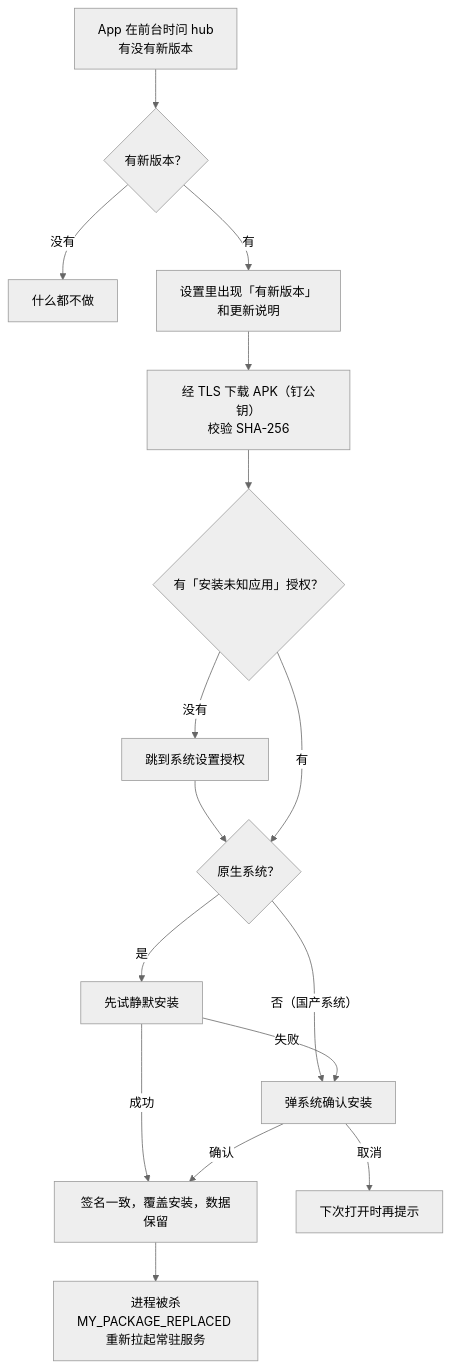
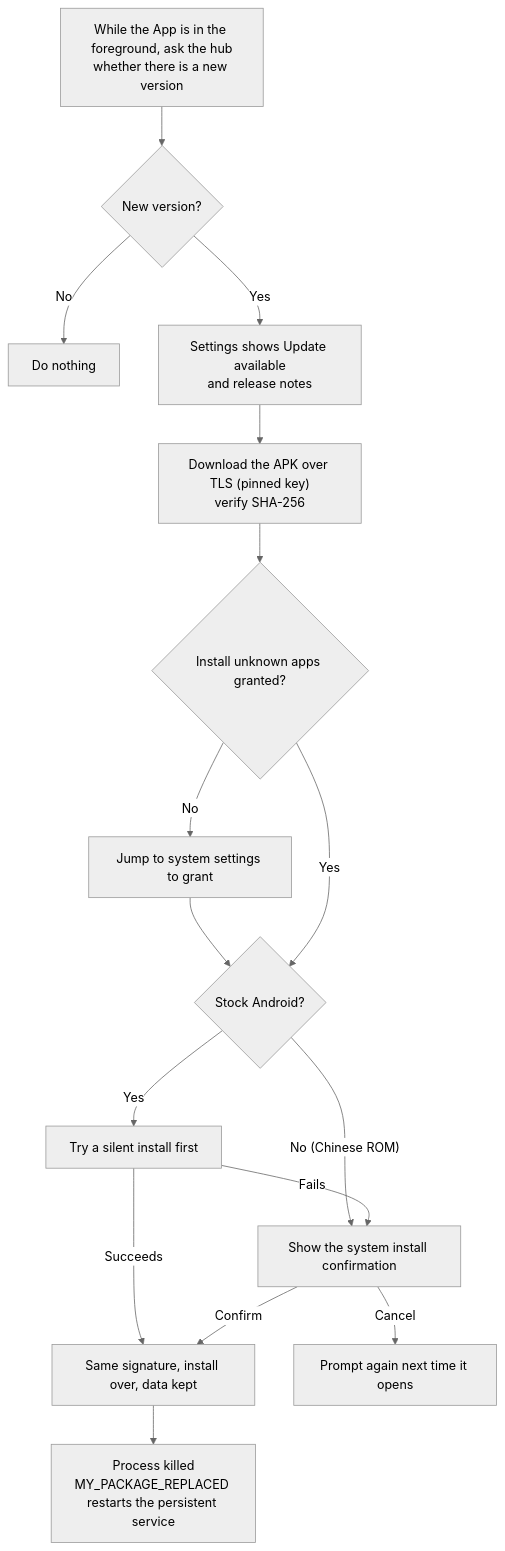
One commit to 413180794/persona changed diagram 15 of 15 in docs/redesign/flows.md. Above: the diagram before and after it, drawn with Mermaid (neutral theme). The commit also changed other lines of this file and 6 other files, not shown here.

````diff
--- a/docs/redesign/flows.md
+++ b/docs/redesign/flows.md
@@ -361,18 +361,18 @@
 ```mermaid
 flowchart TD
-  C["App 在前台时问 hub<br/>有没有新版本"] --> H{"有新版本？"}
-  H -- "没有" --> Z["什么都不做"]
-  H -- "有" --> T["设置里出现「有新版本」<br/>和更新说明"]
-  T --> D["经 TLS 下载 APK（钉公钥）<br/>校验 SHA-256"]
-  D --> P{"有「安装未知应用」授权？"}
-  P -- "没有" --> P1["跳到系统设置授权"]
+  C["While the App is in the foreground, ask the hub<br/>whether there is a new version"] --> H{"New version?"}
+  H -- "No" --> Z["Do nothing"]
+  H -- "Yes" --> T["Settings shows Update available<br/>and release notes"]
+  T --> D["Download the APK over TLS (pinned key)<br/>verify SHA-256"]
+  D --> P{"Install unknown apps granted?"}
+  P -- "No" --> P1["Jump to system settings to grant"]
   P1 --> K
-  P -- "有" --> K{"原生系统？"}
-  K -- "是" --> SI["先试静默安装"]
-  K -- "否（国产系统）" --> UI["弹系统确认安装"]
-  SI -- "失败" --> UI
-  SI -- "成功" --> OK
-  UI -- "确认" --> OK["签名一致，覆盖安装，数据保留"]
-  UI -- "取消" --> L["下次打开时再提示"]
-  OK --> RS["进程被杀<br/>MY_PACKAGE_REPLACED 重新拉起常驻服务"]
+  P -- "Yes" --> K{"Stock Android?"}
+  K -- "Yes" --> SI["Try a silent install first"]
+  K -- "No (Chinese ROM)" --> UI["Show the system install confirmation"]
+  SI -- "Fails" --> UI
+  SI -- "Succeeds" --> OK
+  UI -- "Confirm" --> OK["Same signature, install over, data kept"]
+  UI -- "Cancel" --> L["Prompt again next time it opens"]
+  OK --> RS["Process killed<br/>MY_PACKAGE_REPLACED restarts the persistent service"]
 ```
````
